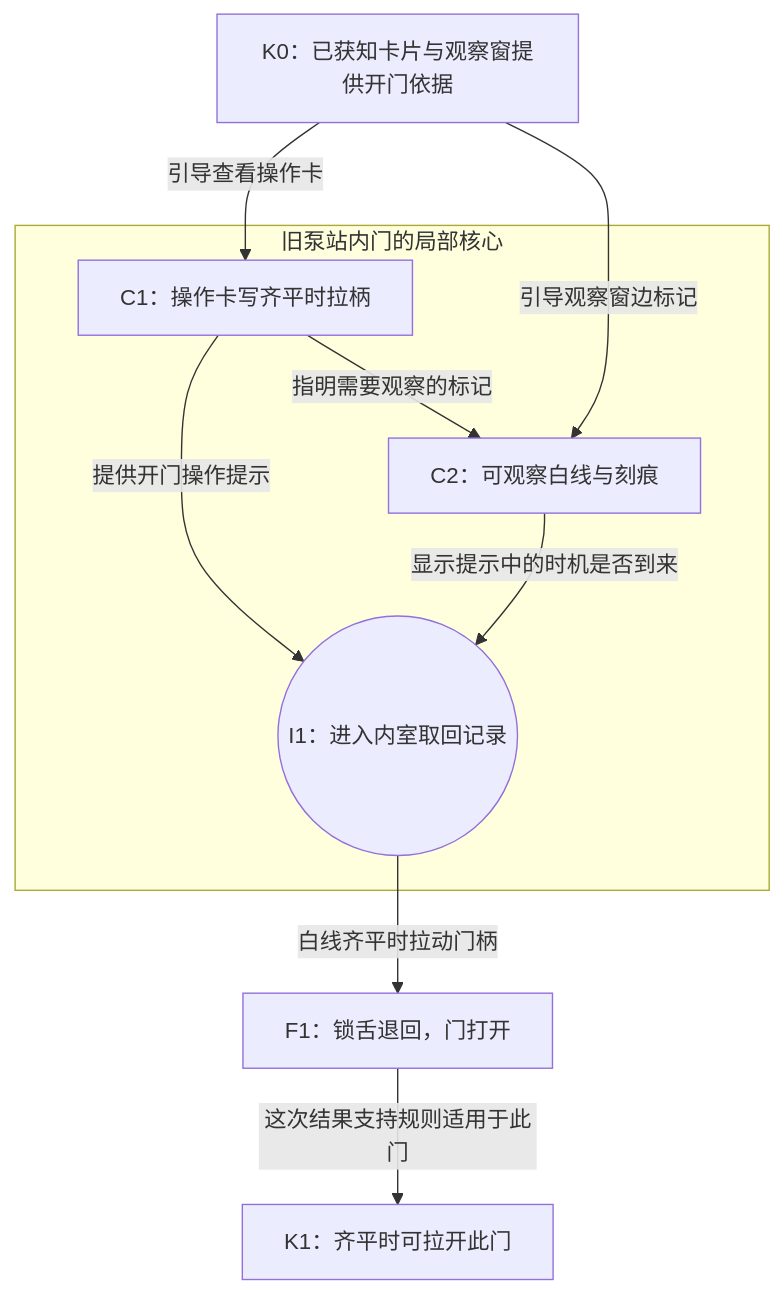
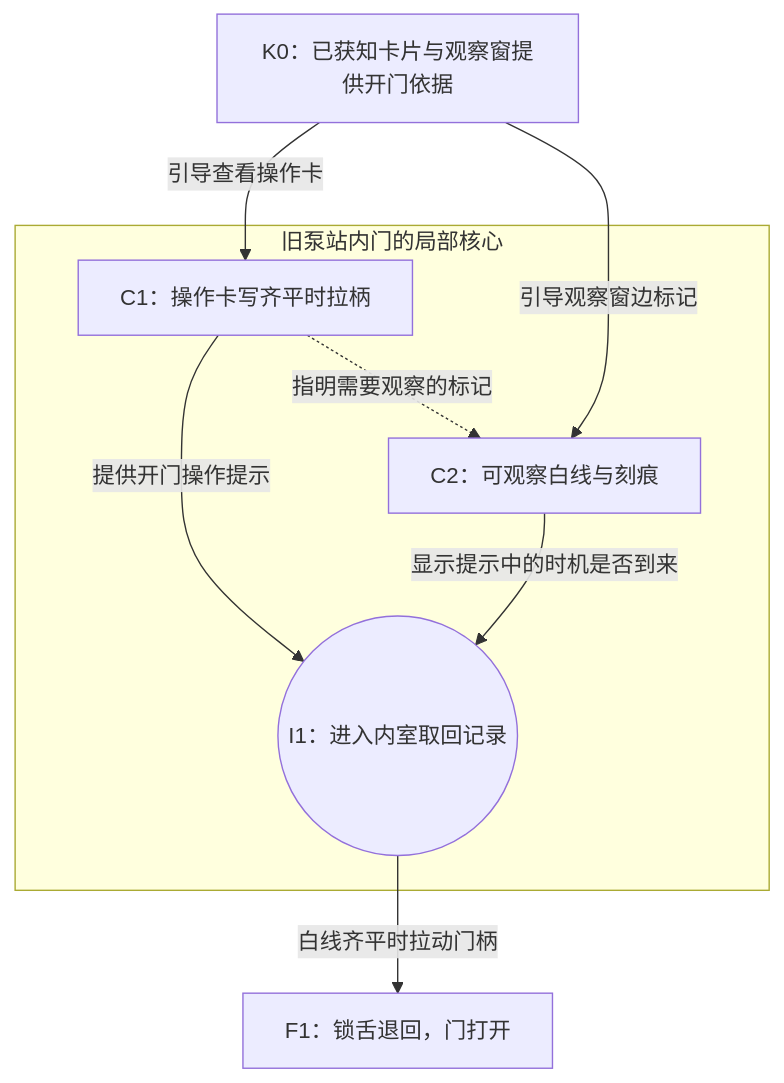
The second of 2 diagrams in knowledge-gate-network/templates/local-lock.md (ATLALALA/knowledge-gate-net-toolkit), drawn with Mermaid before and after one commit. The commit also changed other lines of this file and 13 other files, not shown here.

````diff
--- a/knowledge-gate-network/templates/local-lock.md
+++ b/knowledge-gate-network/templates/local-lock.md
@@ -154,18 +151,16 @@
 ```mermaid
 flowchart TB
     K0["K0：已获知卡片与观察窗提供开门依据"]
-    K1["K1：齐平时可拉开此门"]
     subgraph Door["旧泵站内门的局部核心"]
         C1["C1：操作卡写齐平时拉柄"]
         C2["C2：可观察白线与刻痕"]
         I1(("I1：进入内室取回记录"))
-        C1 -->|"指明需要观察的标记"| C2
+        C1 -.->|"指明需要观察的标记"| C2
         C1 -->|"提供开门操作提示"| I1
         C2 -->|"显示提示中的时机是否到来"| I1
     end
     F1["F1：锁舌退回，门打开"]
     K0 -->|"引导查看操作卡"| C1
     K0 -->|"引导观察窗边标记"| C2
     I1 -->|"白线齐平时拉动门柄"| F1
-    F1 -->|"这次结果支持规则适用于此门"| K1
 ```
````
